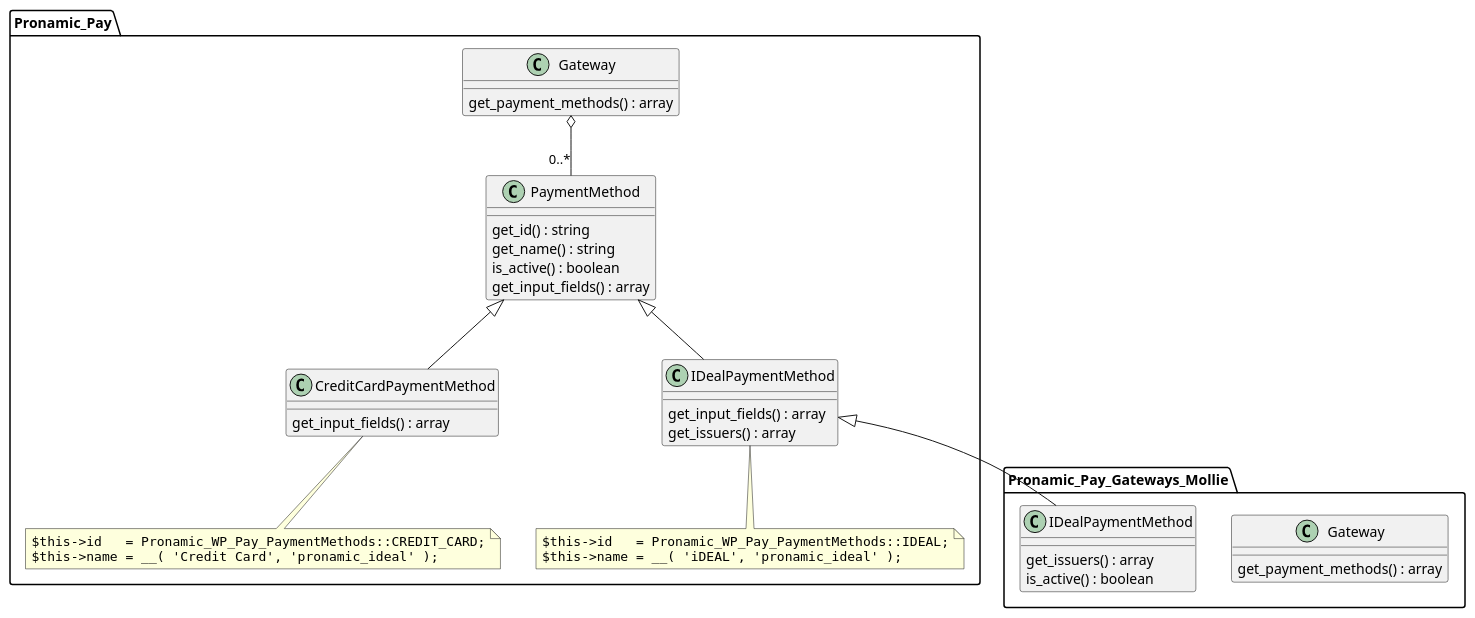
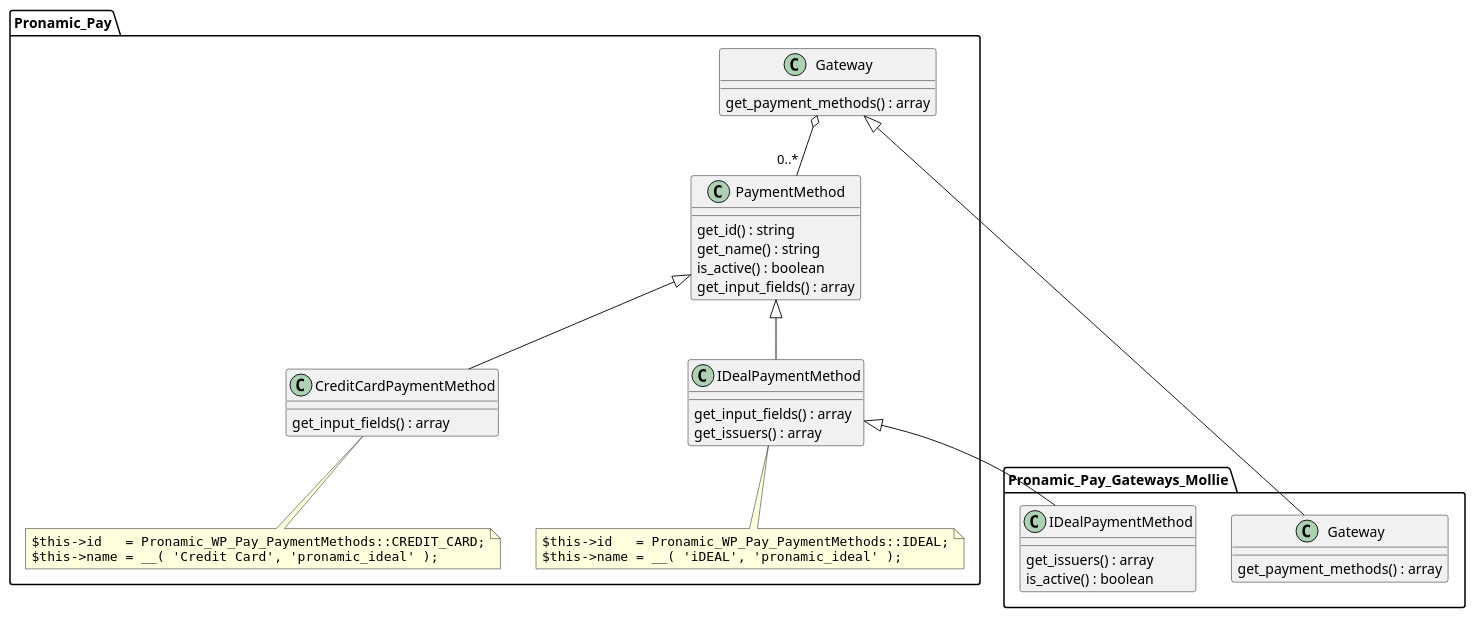
One commit to 8KCool/WordPress-Plugin-iDEAL-Bancontact- changed the diagram in documentation/payment-methods.plantuml. Above: the diagram before and after it, drawn with PlantUML. The commit also changed 1 other file, not shown here.

```diff
--- a/documentation/payment-methods.plantuml
+++ b/documentation/payment-methods.plantuml
@@ -1,48 +1,48 @@
 @startuml
 
 namespace Pronamic_Pay {
 	class Gateway {
 		get_payment_methods() : array
 	}
 	
 	class PaymentMethod {
 		get_id() : string
 		get_name() : string
 		is_active() : boolean
 		get_input_fields() : array
 	}
 
 	Gateway o-- "0..*" PaymentMethod
 
 	class IDealPaymentMethod extends PaymentMethod {
 		get_input_fields() : array
 		get_issuers() : array
 	}
 
 	note bottom of IDealPaymentMethod
 		""$this->id   = Pronamic_WP_Pay_PaymentMethods::IDEAL;""
 		""$this->name = __( 'iDEAL', 'pronamic_ideal' );""
 	end note
 
 	class CreditCardPaymentMethod extends PaymentMethod {
 		get_input_fields() : array
 	}
 
 	note bottom of CreditCardPaymentMethod
 		""$this->id   = Pronamic_WP_Pay_PaymentMethods::CREDIT_CARD;""
 		""$this->name = __( 'Credit Card', 'pronamic_ideal' );""
 	end note
 }
 
 namespace Pronamic_Pay_Gateways_Mollie {
-	class Gateway {
+	class Gateway extends Pronamic_Pay.Gateway {
 		get_payment_methods() : array
 	}
 
 	class IDealPaymentMethod extends Pronamic_Pay.IDealPaymentMethod {
 		get_issuers() : array
 		is_active() : boolean
 	}
 }
 
 @enduml
```
